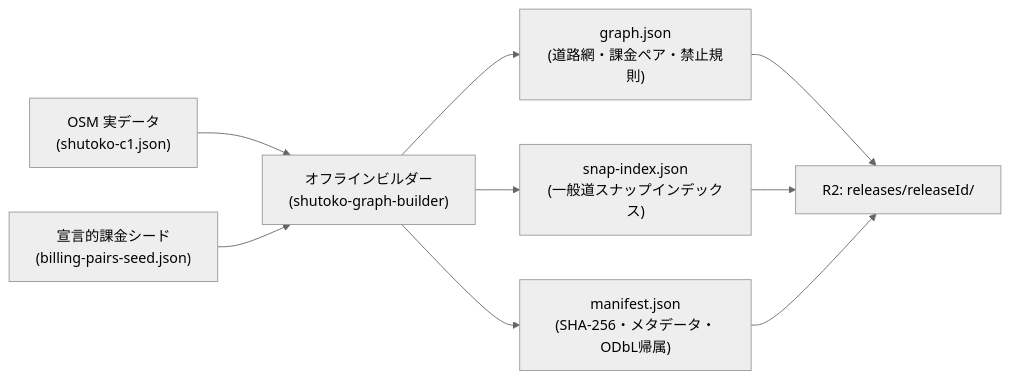
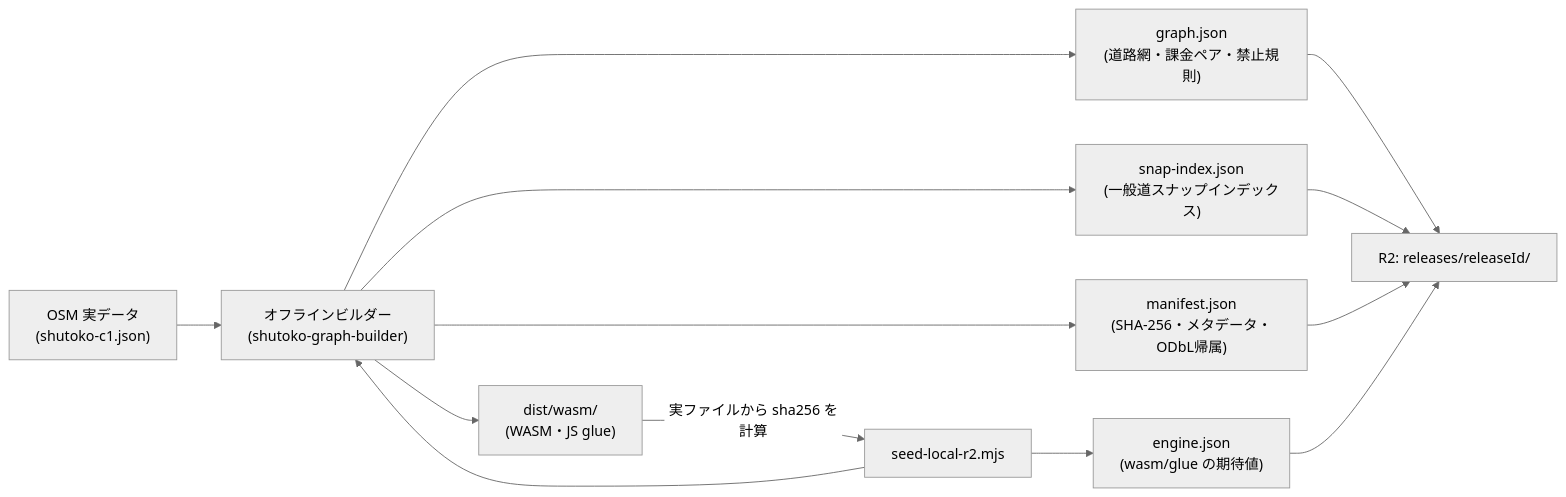
The second of 2 diagrams in docs/architecture.md (japan4415/shutoko-sim), drawn with Mermaid (neutral theme) before and after one commit. The commit also changed other lines of this file and 26 other files, not shown here.

````diff
--- a/docs/architecture.md
+++ b/docs/architecture.md
@@ -32,11 +32,15 @@
 ```mermaid
 flowchart LR
   OSM["OSM 実データ<br/>(shutoko-c1.json)"] --> GB["オフラインビルダー<br/>(shutoko-graph-builder)"]
   SEED["宣言的課金シード<br/>(billing-pairs-seed.json)"] --> GB
   GB --> G["graph.json<br/>(道路網・課金ペア・禁止規則)"]
   GB --> S["snap-index.json<br/>(一般道スナップインデックス)"]
   GB --> M["manifest.json<br/>(SHA-256・メタデータ・ODbL帰属)"]
+  GB --> W["dist/wasm/<br/>(WASM・JS glue)"]
   G --> R2["R2: releases/releaseId/"]
   S --> R2
   M --> R2
+  W -->|"実ファイルから sha256 を計算"| SEED["seed-local-r2.mjs"]
+  SEED --> E["engine.json<br/>(wasm/glue の期待値)"]
+  E --> R2
 ```
````
